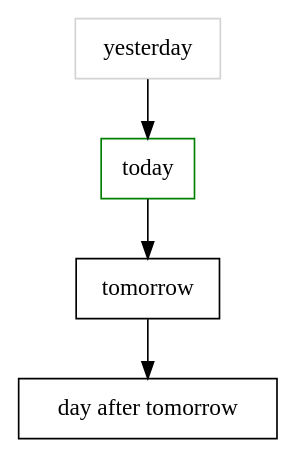
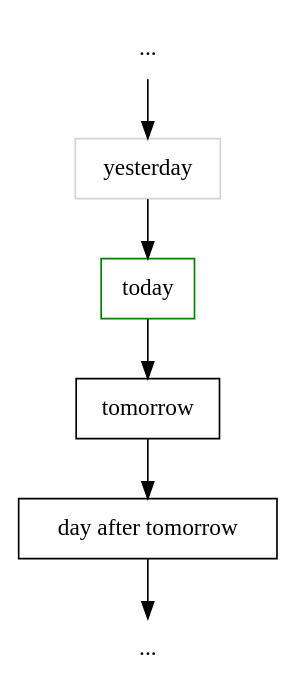
Before and after one commit to ahitrin/ahitrin.github.com: the diagram in src/fractals-vs-lists/time.dot, drawn with Graphviz. The commit also changed 1 other file, not shown here.

```diff
--- a/src/fractals-vs-lists/time.dot
+++ b/src/fractals-vs-lists/time.dot
@@ -1,10 +1,14 @@
 digraph g {
     node [shape=box];
+    past [color=white, label="..."];
     yesterday [color=lightgrey];
     today [color=green];
     nextDay [label="day after tomorrow"];
+    future [label="...", color=white];
 
+    past -> yesterday;
     yesterday -> today;
     today -> tomorrow;
     tomorrow -> nextDay;
+    nextDay -> future;
 }
```
